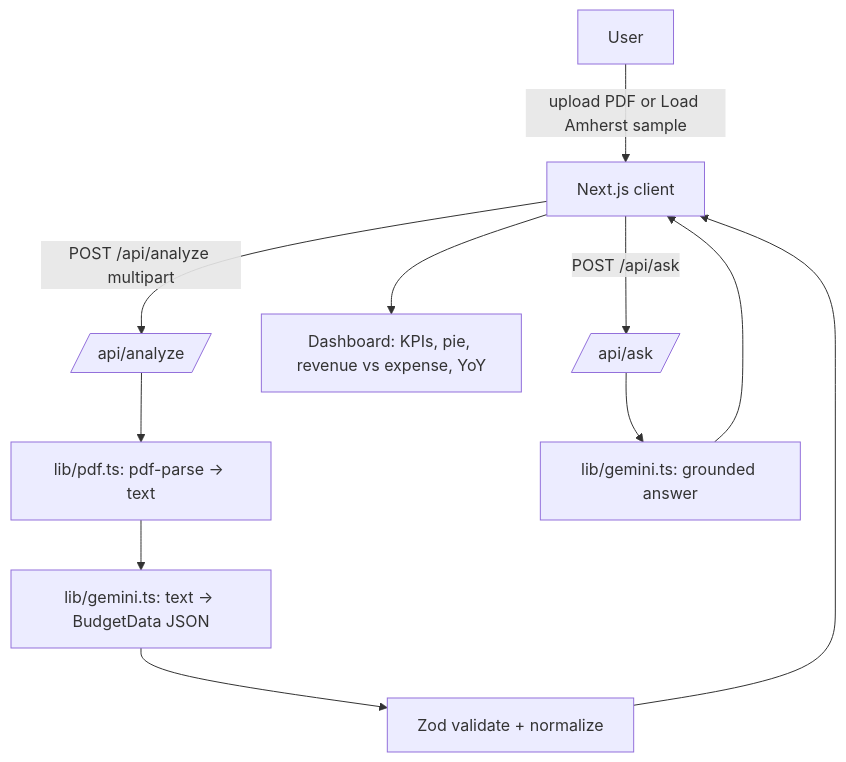
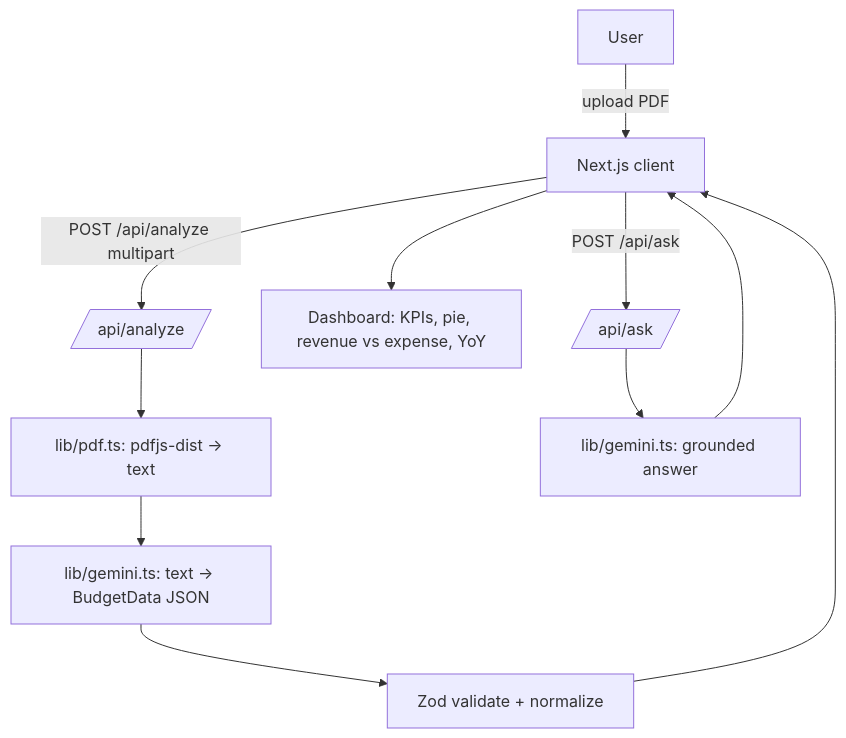
Before and after one commit to mwpboyle-afk/CivicClear: the diagram in .kiro/specs/budget-explorer/design.md, drawn with Mermaid. The commit also changed other lines of this file and 21 other files, not shown here.

First line of the commit message:
feat: random sample picker, resilient Gemini calls, scanned-PDF OCR

````diff
--- a/.kiro/specs/budget-explorer/design.md
+++ b/.kiro/specs/budget-explorer/design.md
@@ -11,13 +11,13 @@
 ```mermaid
 flowchart TD
-    U[User] -->|upload PDF or Load Amherst sample| UI[Next.js client]
+    U[User] -->|upload PDF| UI[Next.js client]
     UI -->|POST /api/analyze multipart| A[/api/analyze/]
-    A --> P[lib/pdf.ts: pdf-parse -> text]
+    A --> P[lib/pdf.ts: pdfjs-dist -> text]
     P --> G1[lib/gemini.ts: text -> BudgetData JSON]
     G1 --> Z1[Zod validate + normalize]
     Z1 --> UI
     UI --> DASH[Dashboard: KPIs, pie, revenue vs expense, YoY]
     UI -->|POST /api/ask| B[/api/ask/]
     B --> G2[lib/gemini.ts: grounded answer]
     G2 --> UI
 ```
````
